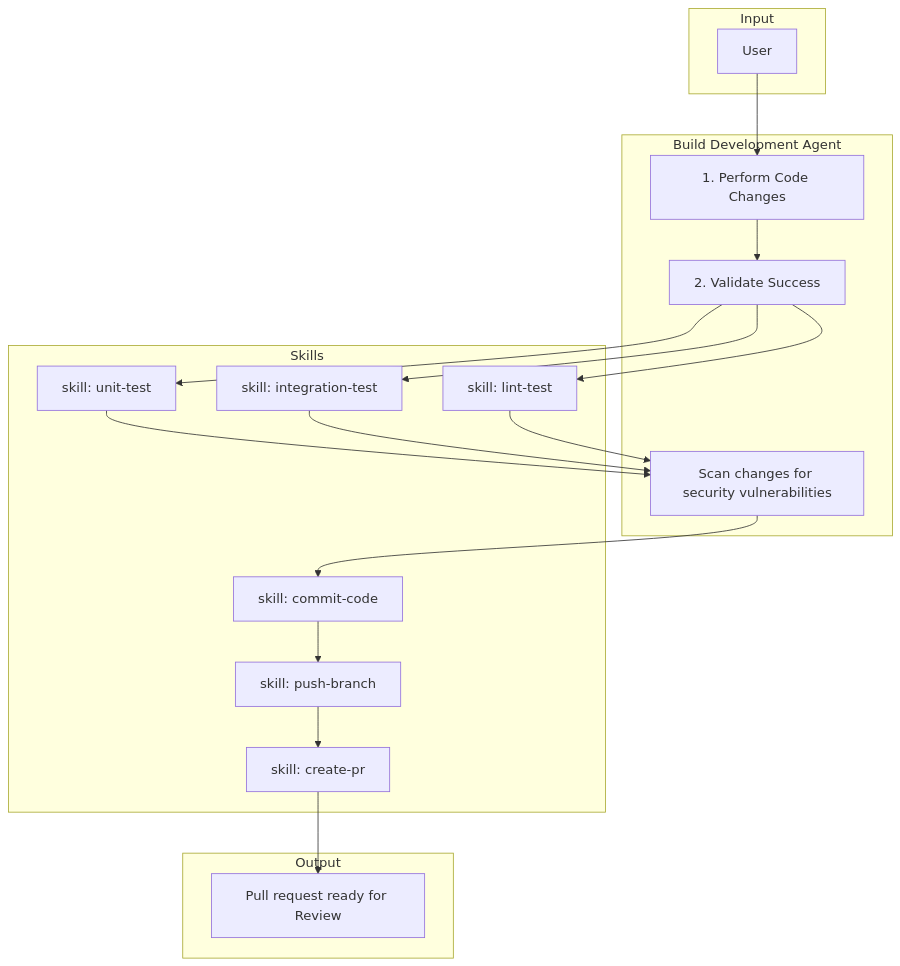
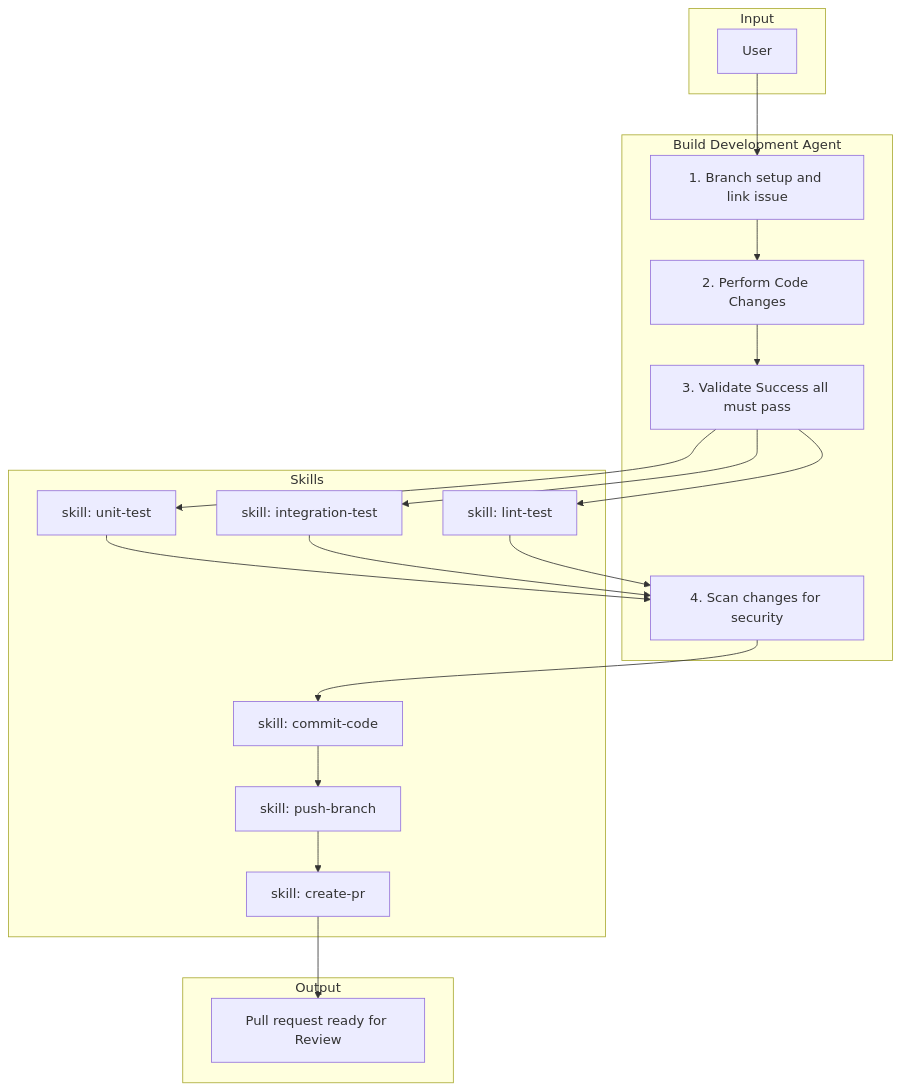
Before and after one commit to alto9/forge: the diagram in docs/agents/engineer.md, drawn with Mermaid. The commit also changed other lines of this file and 12 other files, not shown here.

First line of the commit message:
refactor: enhance agent workflows and documentation for issue refinement and building

````diff
--- a/docs/agents/engineer.md
+++ b/docs/agents/engineer.md
@@ -13,38 +13,40 @@
 ```mermaid
 flowchart TD
     subgraph Input
         A[User]
     end
 
-    subgraph Build["Build Development Agent"]
-        B[1. Perform Code Changes]
-        C[2. Validate Success]
-        D[Scan changes for security vulnerabilities]
+    subgraph BuildDev["Build Development Agent"]
+        B0[1. Branch setup and link issue]
+        B[2. Perform Code Changes]
+        C[3. Validate Success all must pass]
+        D[4. Scan changes for security]
     end
 
     subgraph Skills["Skills"]
         E[skill: unit-test]
         F[skill: integration-test]
         G[skill: lint-test]
         H[skill: commit-code]
         I[skill: push-branch]
         J[skill: create-pr]
     end
 
     subgraph Output
         K[Pull request ready for Review]
     end
 
-    A --> B
+    A --> B0
+    B0 --> B
     B --> C
     C --> E
     C --> F
     C --> G
     E --> D
     F --> D
     G --> D
     D --> H
     H --> I
     I --> J
     J --> K
 ```
````
